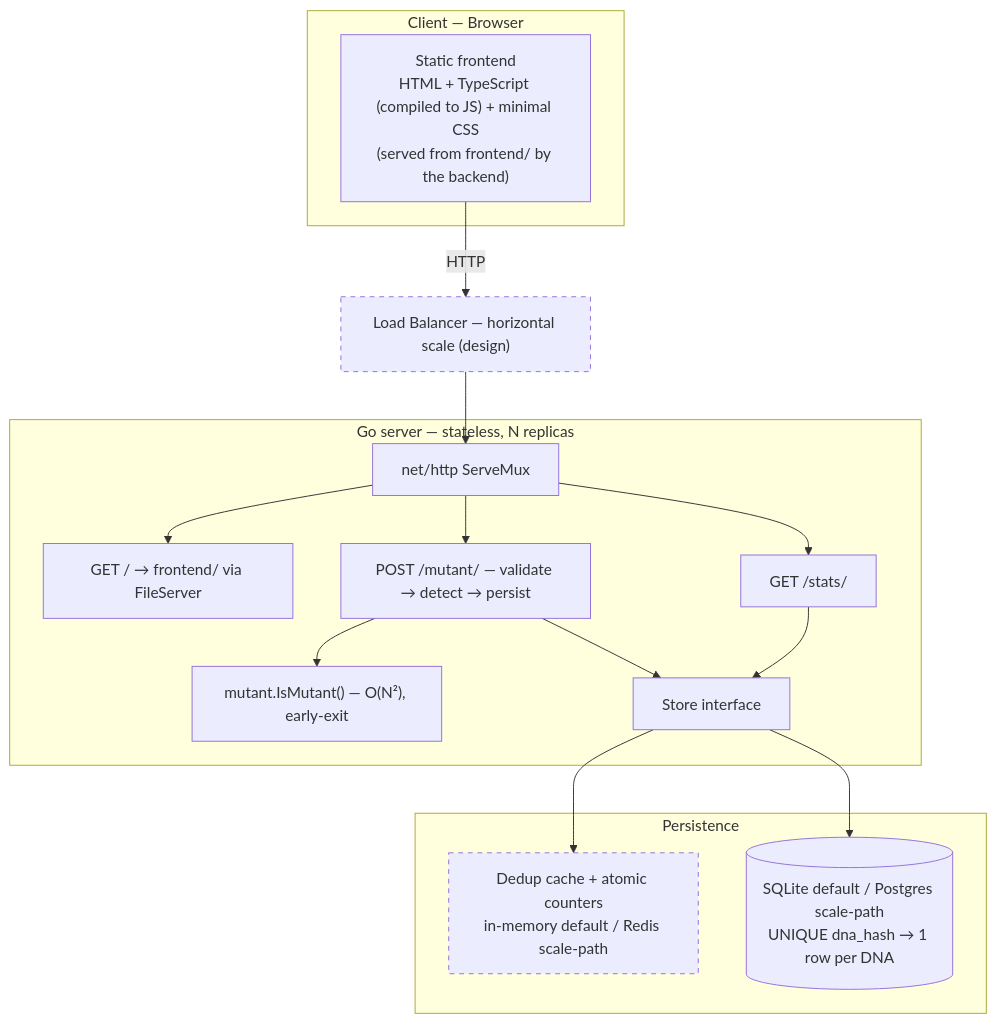
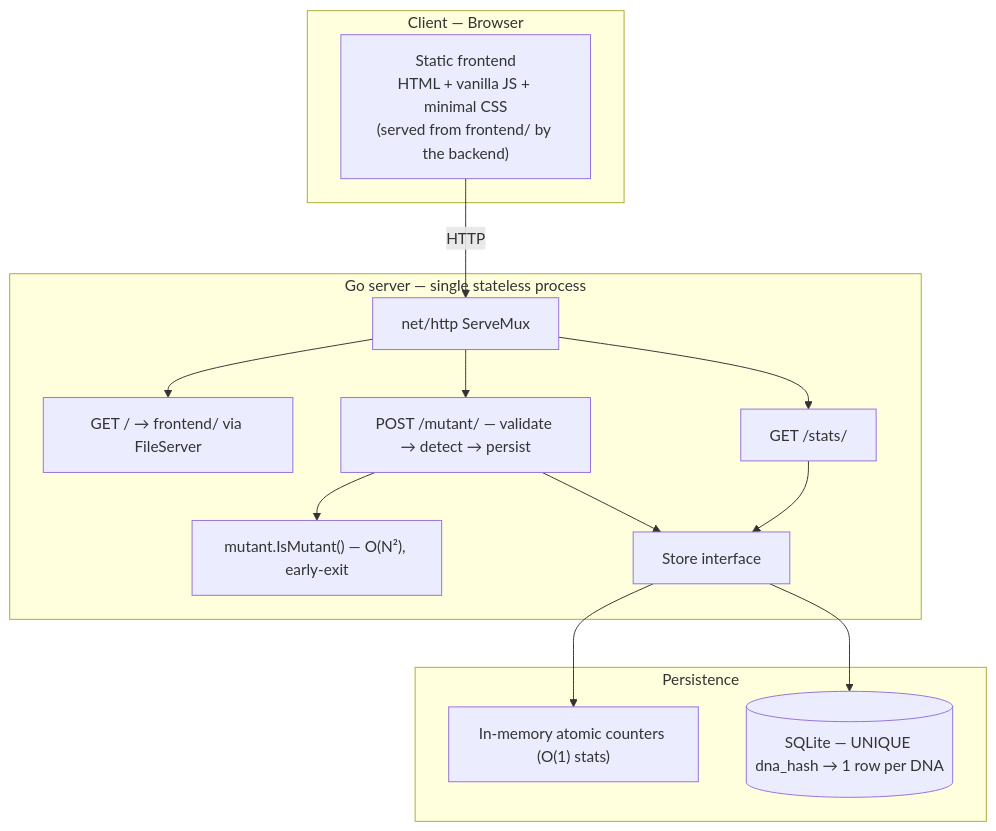
Before and after one commit to ShreyKumar/rif-take-home-challenge: the first of 2 diagrams in requirements.md, drawn with Mermaid. The commit also changed other lines of this file and 4 other files, not shown here.

````diff
--- a/requirements.md
+++ b/requirements.md
@@ -252,35 +247,30 @@
 ```mermaid
 flowchart TB
     subgraph Client["Client — Browser"]
-        UI["Static frontend<br/>HTML + TypeScript (compiled to JS) + minimal CSS<br/>(served from frontend/ by the backend)"]
+        UI["Static frontend<br/>HTML + vanilla JS + minimal CSS<br/>(served from frontend/ by the backend)"]
     end
 
-    LB["Load Balancer — horizontal scale (design)"]:::scale
-
-    subgraph Server["Go server — stateless, N replicas"]
+    subgraph Server["Go server — single stateless process"]
         Router["net/http ServeMux"]
         Static["GET / → frontend/ via FileServer"]
         MutantH["POST /mutant/ — validate → detect → persist"]
         StatsH["GET /stats/"]
         Algo["mutant.IsMutant() — O(N²), early-exit"]
         Store["Store interface"]
     end
 
     subgraph Data["Persistence"]
-        Counters["Dedup cache + atomic counters<br/>in-memory default / Redis scale-path"]:::scale
-        DB[("SQLite default / Postgres scale-path<br/>UNIQUE dna_hash → 1 row per DNA")]
+        Counters["In-memory atomic counters (O(1) stats)"]
+        DB[("SQLite — UNIQUE dna_hash → 1 row per DNA")]
     end
 
-    UI -->|HTTP| LB
-    LB --> Router
+    UI -->|HTTP| Router
     Router --> Static
     Router --> MutantH
     Router --> StatsH
     MutantH --> Algo
     MutantH --> Store
     StatsH --> Store
     Store --> Counters
     Store --> DB
-
-    classDef scale stroke-dasharray:5 5;
 ```
````
